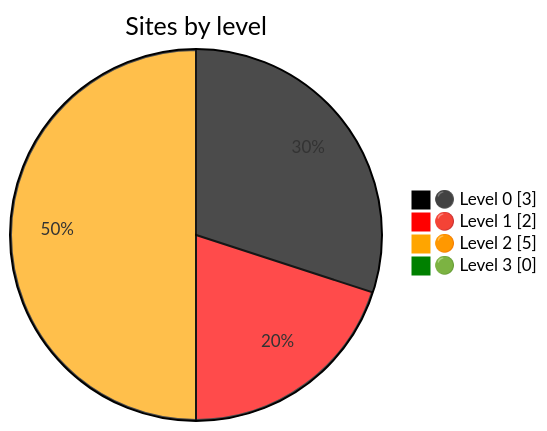
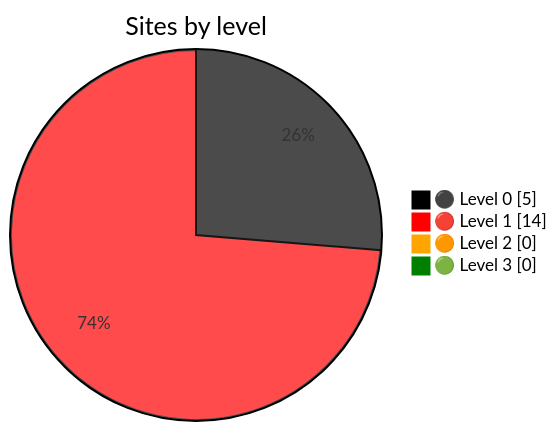
One commit to MalinrRuwan/gov_lk_web_auditor changed the diagram in README.md. Above: the diagram before and after it, drawn with Mermaid. The commit also changed other lines of this file and 1 other file, not shown here.

````diff
--- a/README.md
+++ b/README.md
@@ -24,9 +24,9 @@
 ```mermaid
 %%{init: {"themeVariables":{"pie1":"black","pie2":"red","pie3":"orange","pie4":"green"}}}%%
 pie showData
     title Sites by level
-    "⚫ Level 0" : 3
-    "🔴 Level 1" : 2
-    "🟠 Level 2" : 5
+    "⚫ Level 0" : 5
+    "🔴 Level 1" : 14
+    "🟠 Level 2" : 0
     "🟢 Level 3" : 0
 ```
````
